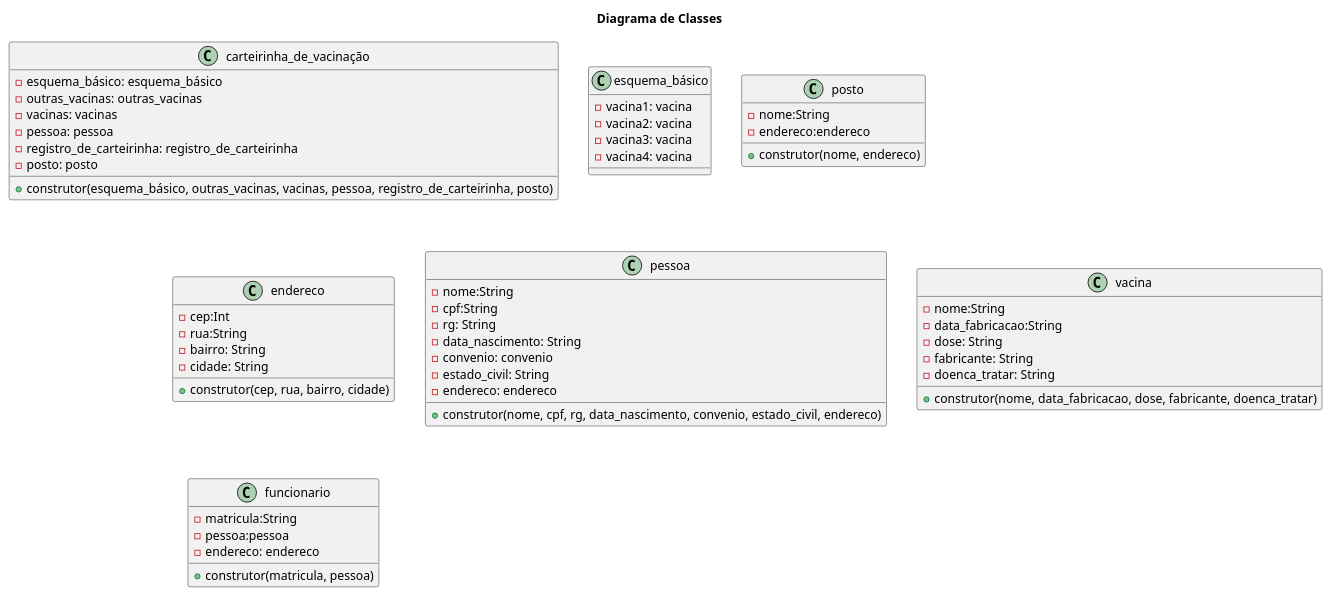
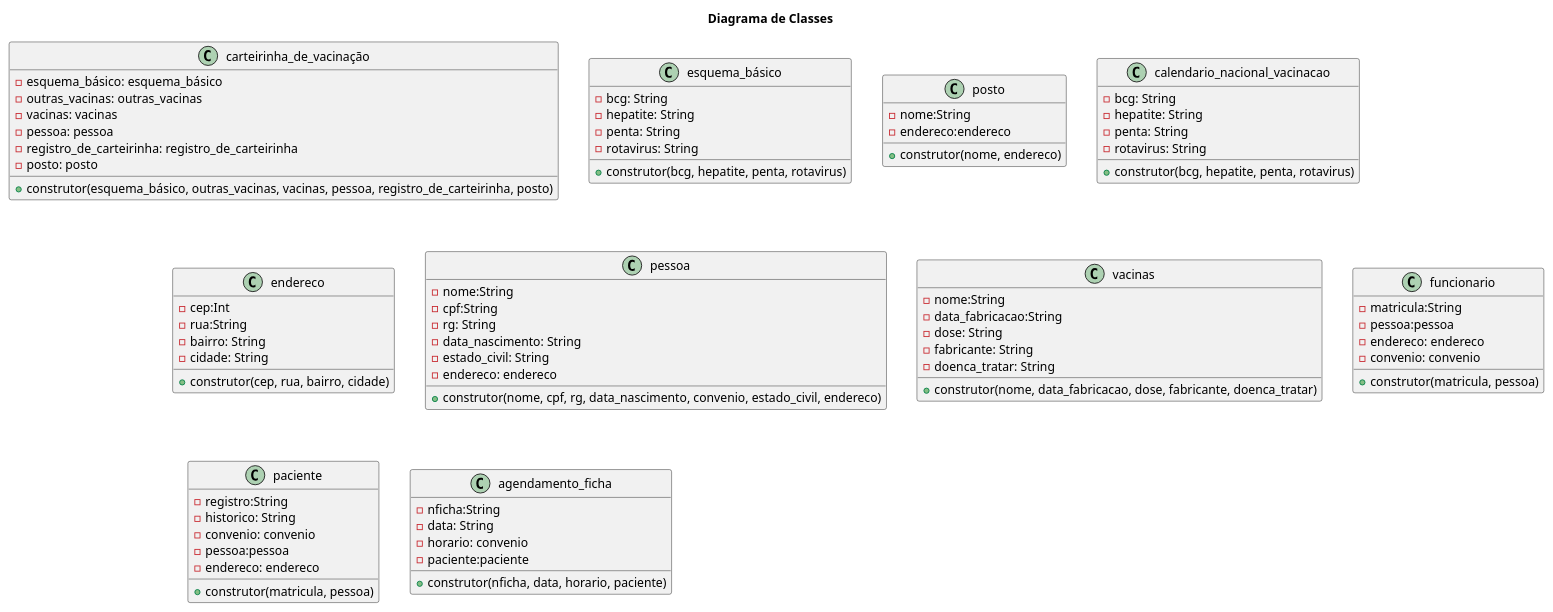
Before and after one commit to anleaes/2022-1-N2-POO-04: the diagram in @startuml herenca composicao.plantUML, drawn with PlantUML.

Commit message:
criado classe funcionario, paciente, agendamento_ficha e ajustado alguns detalhes gerais

```diff
--- a/@startuml herenca composicao.plantUML
+++ b/@startuml herenca composicao.plantUML
@@ -1,64 +1,94 @@
 @startuml herenca composicao
 
 title Diagrama de Classes
 
 class carteirinha_de_vacinação{
     - esquema_básico: esquema_básico
     - outras_vacinas: outras_vacinas
     - vacinas: vacinas
     - pessoa: pessoa
     - registro_de_carteirinha: registro_de_carteirinha
     - posto: posto
     + construtor(esquema_básico, outras_vacinas, vacinas, pessoa, registro_de_carteirinha, posto)
 } 
 
 
 class esquema_básico{
-    - vacina1: vacina
-    - vacina2: vacina
-    - vacina3: vacina
-    - vacina4: vacina 
+    - bcg: String
+    - hepatite: String
+    - penta: String
+    - rotavirus: String
+    + construtor(bcg, hepatite, penta, rotavirus)
 } 
 
 class posto{
     - nome:String
     - endereco:endereco
     + construtor(nome, endereco)
 
 }
+
+class calendario_nacional_vacinacao{
+    - bcg: String
+    - hepatite: String
+    - penta: String
+    - rotavirus: String
+    + construtor(bcg, hepatite, penta, rotavirus)
+} 
+
+
 
 class endereco{
     - cep:Int
     - rua:String
     - bairro: String
     - cidade: String
     + construtor(cep, rua, bairro, cidade)
 }
 
 class pessoa{
     - nome:String
     - cpf:String
     - rg: String
     - data_nascimento: String
-    - convenio: convenio
     - estado_civil: String
     - endereco: endereco
     + construtor(nome, cpf, rg, data_nascimento, convenio, estado_civil, endereco)
 }
-class vacina{
+class vacinas{
     - nome:String
     - data_fabricacao:String
     - dose: String
     - fabricante: String
     - doenca_tratar: String
     + construtor(nome, data_fabricacao, dose, fabricante, doenca_tratar)
 }
 
 class funcionario{
     - matricula:String
     - pessoa:pessoa
     - endereco: endereco
+    - convenio: convenio
     + construtor(matricula, pessoa)
+
 }
 
+class paciente{
+    - registro:String
+    - historico: String
+    - convenio: convenio
+    - pessoa:pessoa
+    - endereco: endereco
+    + construtor(matricula, pessoa)
+    }
+
+class agendamento_ficha{
+    - nficha:String
+    - data: String
+    - horario: convenio
+    - paciente:paciente
+    + construtor(nficha, data, horario, paciente)
+    }
+
+
 @enduml 
```
